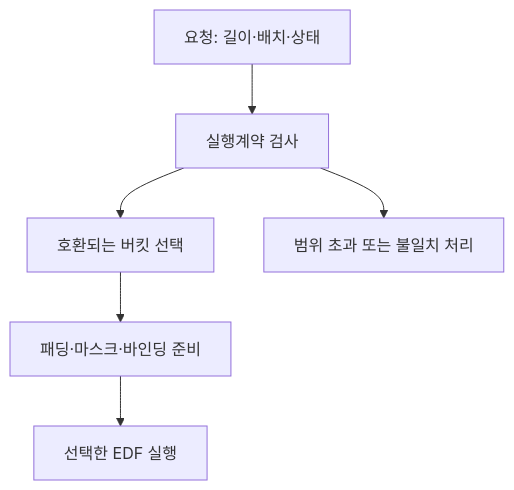
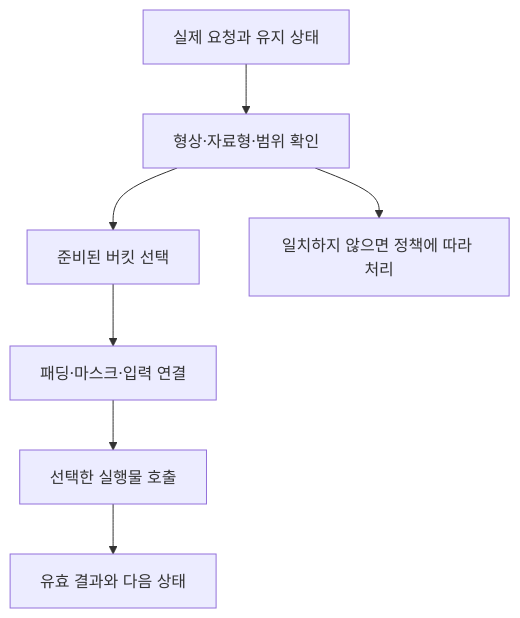
The diagram in content/06-buckets-shapes.md (smallstep-zzz/furyno5-handbook), drawn with Mermaid before and after one commit. The commit also changed other lines of this file and 97 other files, not shown here.

````diff
--- a/content/06-buckets-shapes.md
+++ b/content/06-buckets-shapes.md
@@ -9,8 +77,9 @@
 ```mermaid
 flowchart TB
-  R["요청: 길이·배치·상태"] --> V["실행계약 검사"]
-  V --> B["호환되는 버킷 선택"]
-  B --> P["패딩·마스크·바인딩 준비"]
-  P --> E["선택한 EDF 실행"]
-  V --> F["범위 초과 또는 불일치 처리"]
+    R["실제 요청과 유지 상태"] --> C["형상·자료형·범위 확인"]
+    C --> B["준비된 버킷 선택"]
+    C --> F["일치하지 않으면 정책에 따라 처리"]
+    B --> P["패딩·마스크·입력 연결"]
+    P --> E["선택한 실행물 호출"]
+    E --> O["유효 결과와 다음 상태"]
 ```
````
